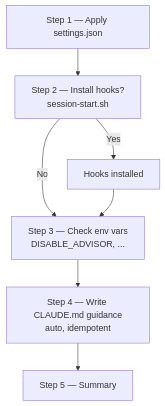
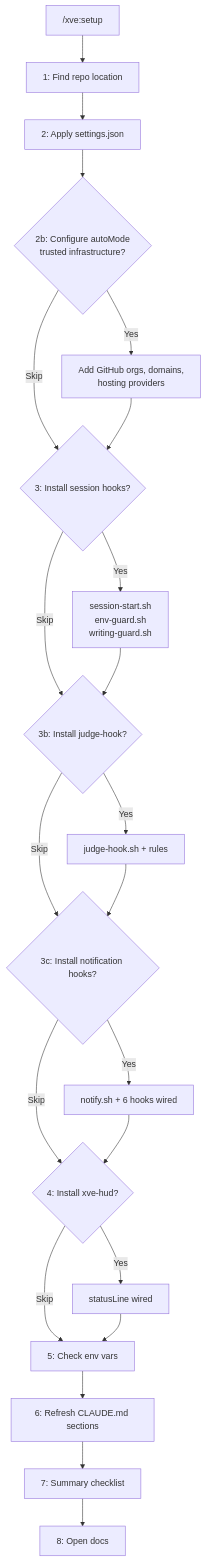
The diagram in docs/setup.md (XVE-BV/claude-marketplace), drawn with Mermaid before and after one commit. The commit also changed other lines of this file and 3 other files, not shown here.

First line of the commit message:
docs: add notification hooks guide, update setup docs and index

````diff
--- a/docs/setup.md
+++ b/docs/setup.md
@@ -7,10 +7,24 @@
 ```mermaid
 flowchart TD
-    A["Step 1 — Apply settings.json"] --> B
-    B["Step 2 — Install hooks?\nsession-start.sh"] -->|"Yes"| B1["Hooks installed"]
-    B -->|"No"| C
-    B1 --> C
-    C["Step 3 — Check env vars\nDISABLE_ADVISOR, ..."] --> D
-    D["Step 4 — Write CLAUDE.md guidance\nauto, idempotent"] --> E
-    E["Step 5 — Summary"]
+    A["/xve:setup"] --> B["1: Find repo location"]
+    B --> C["2: Apply settings.json"]
+    C --> D{"2b: Configure autoMode\ntrusted infrastructure?"}
+    D -->|"Yes"| D1["Add GitHub orgs, domains,\nhosting providers"]
+    D -->|"Skip"| E
+    D1 --> E{"3: Install session hooks?"}
+    E -->|"Yes"| E1["session-start.sh\nenv-guard.sh\nwriting-guard.sh"]
+    E -->|"Skip"| F
+    E1 --> F{"3b: Install judge-hook?"}
+    F -->|"Yes"| F1["judge-hook.sh + rules"]
+    F -->|"Skip"| G
+    F1 --> G{"3c: Install notification hooks?"}
+    G -->|"Yes"| G1["notify.sh + 6 hooks wired"]
+    G -->|"Skip"| H
+    G1 --> H{"4: Install xve-hud?"}
+    H -->|"Yes"| H1["statusLine wired"]
+    H -->|"Skip"| I
+    H1 --> I["5: Check env vars"]
+    I --> J["6: Refresh CLAUDE.md sections"]
+    J --> K["7: Summary checklist"]
+    K --> L["8: Open docs"]
 ```
````
